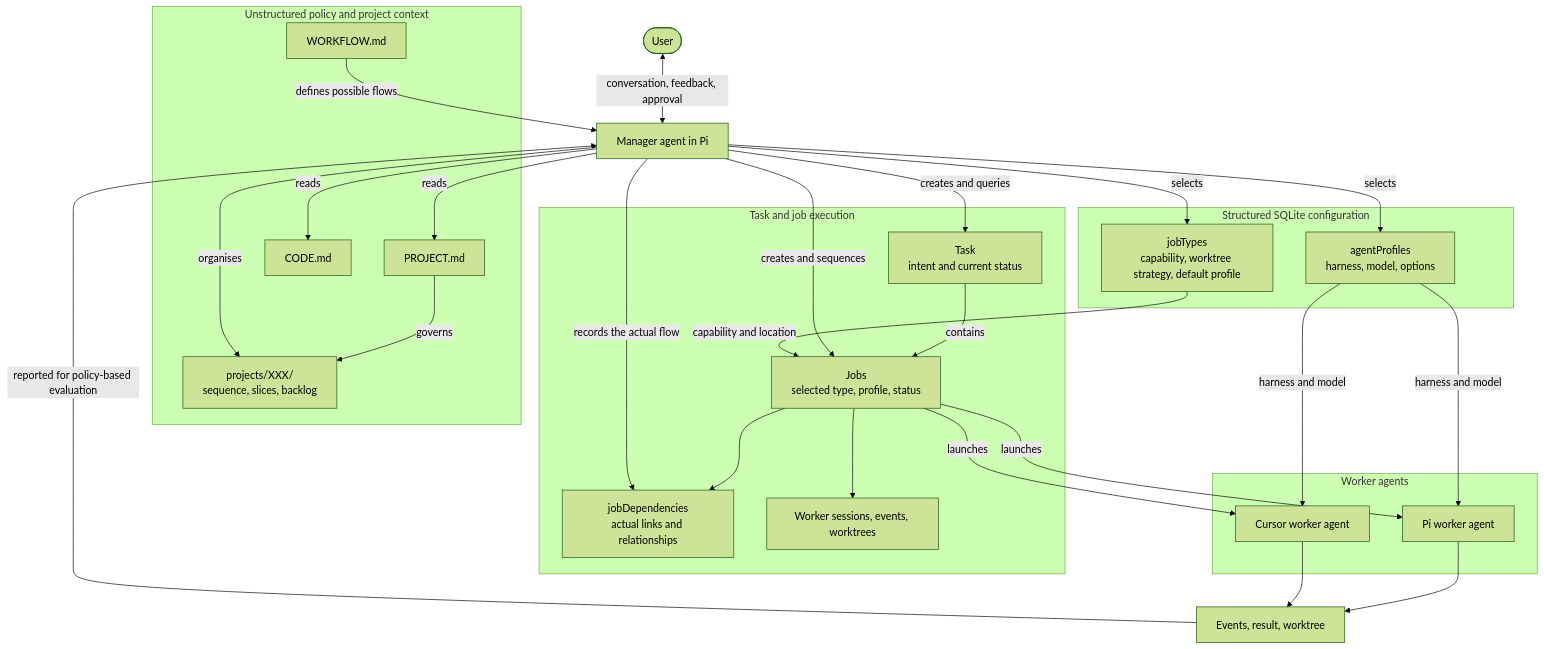
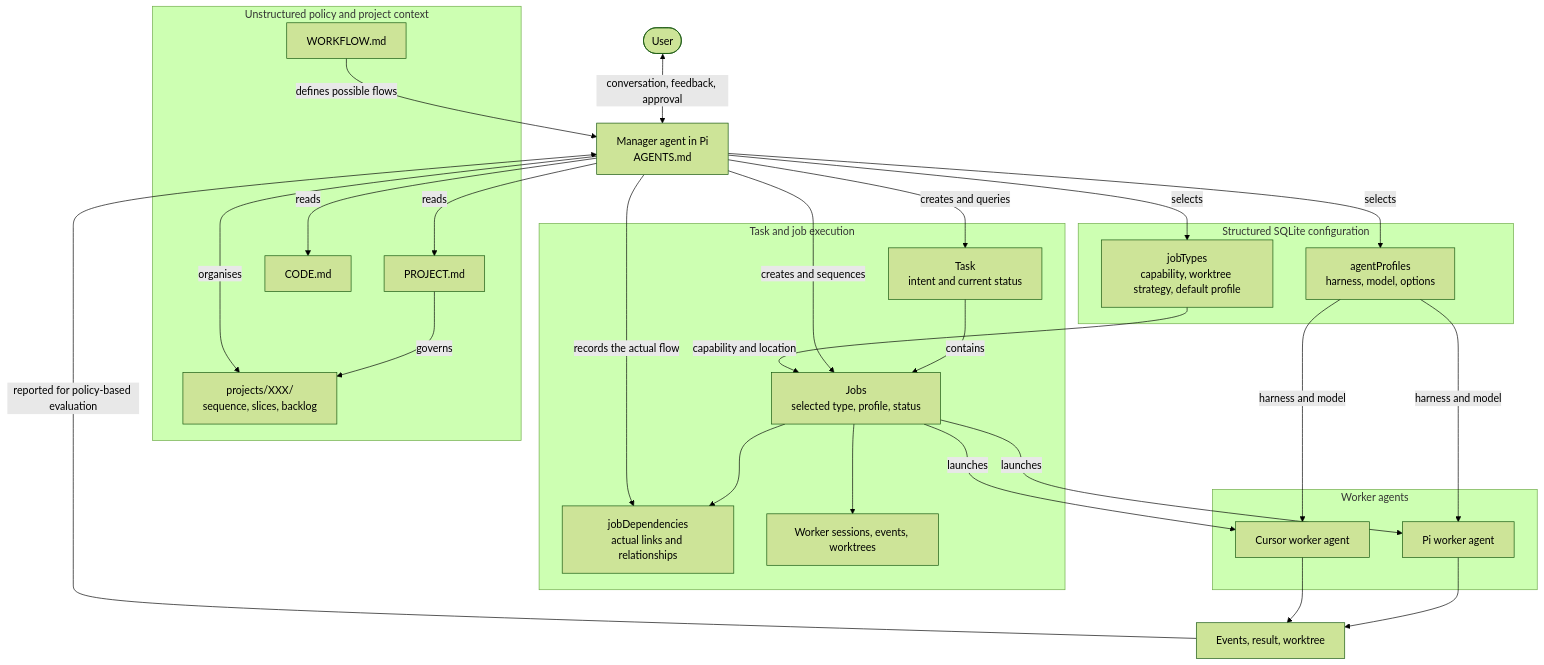
The diagram in README.md (danielbush/pi-worker-agent), drawn with Mermaid (forest theme) before and after one commit. The commit also changed other lines of this file, not shown here.

Commit message:
docs: clarify manager setup experience

````diff
--- a/README.md
+++ b/README.md
@@ -25,51 +25,51 @@
 ```mermaid
 flowchart TB
-    User([User]) <-->|conversation, feedback, approval| Manager[Manager agent in Pi]
+    User([User]) <-->|conversation, feedback, approval| Manager[Manager agent in Pi<br/>AGENTS.md]
 
     subgraph Policy[Unstructured policy and project context]
         ProjectPolicy[PROJECT.md]
         WorkflowPolicy[WORKFLOW.md]
         CodePolicy[CODE.md]
         Projects[projects/XXX/<br/>sequence, slices, backlog]
         ProjectPolicy -->|governs| Projects
     end
 
     subgraph Database[Structured SQLite configuration]
         AgentProfiles[agentProfiles<br/>harness, model, options]
         JobTypes[jobTypes<br/>capability, worktree strategy, default profile]
     end
 
     subgraph Execution[Task and job execution]
         Task[Task<br/>intent and current status]
         Jobs[Jobs<br/>selected type, profile, status]
         JobDependencies[jobDependencies<br/>actual links and relationships]
         JobArtifacts[Worker sessions, events, worktrees]
         Task -->|contains| Jobs
         Jobs --> JobDependencies
         Jobs --> JobArtifacts
     end
 
     subgraph WorkerAgents[Worker agents]
         PiWorker[Pi worker agent]
         CursorWorker[Cursor worker agent]
     end
 
     Jobs -->|launches| PiWorker
     Jobs -->|launches| CursorWorker
     PiWorker --> Result[Events, result, worktree]
     CursorWorker --> Result
 
     Manager -->|reads| ProjectPolicy
     WorkflowPolicy -->|defines possible flows| Manager
     Manager -->|reads| CodePolicy
     Manager -->|organises| Projects
     Manager -->|selects| AgentProfiles
     Manager -->|selects| JobTypes
     Manager -->|creates and queries| Task
     Manager -->|creates and sequences| Jobs
     Manager -->|records the actual flow| JobDependencies
     JobTypes -->|capability and location| Jobs
     AgentProfiles -->|harness and model| PiWorker
     AgentProfiles -->|harness and model| CursorWorker
     Result -->|reported for policy-based evaluation| Manager
 ```
````
